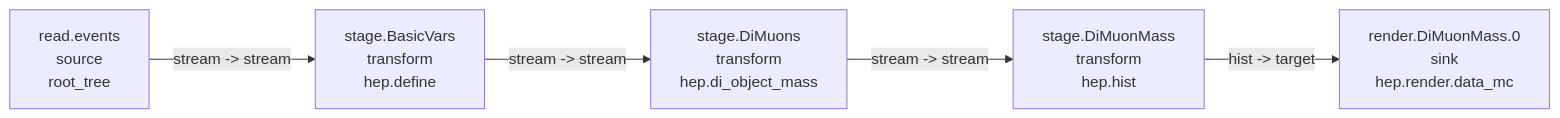
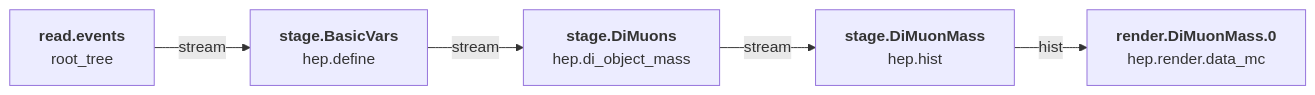
Before and after one commit to FAST-HEP/fast-hep.github.io: the third of 3 diagrams in content/getting-started.md, drawn with Mermaid. The commit also changed other lines of this file, not shown here.

````diff
--- a/content/getting-started.md
+++ b/content/getting-started.md
@@ -120,13 +142,14 @@
 ```mermaid
 flowchart LR
-  read_events["read.events<br/>source<br/>root_tree"]
-  stage_BasicVars["stage.BasicVars<br/>transform<br/>hep.define"]
-  stage_DiMuons["stage.DiMuons<br/>transform<br/>hep.di_object_mass"]
-  stage_DiMuonMass["stage.DiMuonMass<br/>transform<br/>hep.hist"]
-  render_DiMuonMass_0["render.DiMuonMass.0<br/>sink<br/>hep.render.data_mc"]
-  read_events -->|stream -> stream| stage_BasicVars
-  stage_BasicVars -->|stream -> stream| stage_DiMuons
-  stage_DiMuons -->|stream -> stream| stage_DiMuonMass
-  stage_DiMuonMass -->|hist -> target| render_DiMuonMass_0
+  read_events["<b>read.events</b><br/>root_tree"]:::source
+  stage_BasicVars["<b>stage.BasicVars</b><br/>hep.define"]:::transform
+  stage_DiMuons["<b>stage.DiMuons</b><br/>hep.di_object_mass"]:::transform
+  stage_DiMuonMass["<b>stage.DiMuonMass</b><br/>hep.hist"]:::transform
+  render_DiMuonMass_0["<b>render.DiMuonMass.0</b><br/>hep.render.data_mc"]:::sink
+
+  read_events -->|stream| stage_BasicVars
+  stage_BasicVars -->|stream| stage_DiMuons
+  stage_DiMuons -->|stream| stage_DiMuonMass
+  stage_DiMuonMass -->|hist| render_DiMuonMass_0
 
 ```
````
